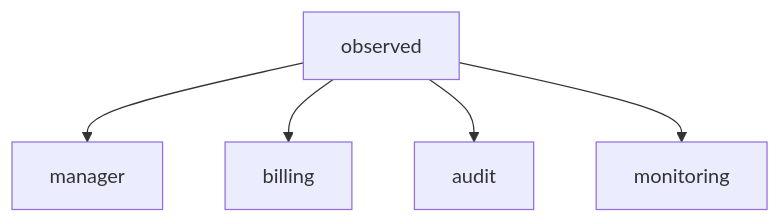
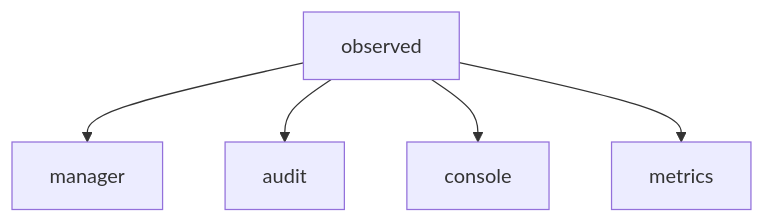
Before and after one commit to danielsabatini/smarkee: the second of 4 diagrams in docs/MESSAGING.md, drawn with Mermaid. The commit also changed other lines of this file, not shown here.

````diff
--- a/docs/MESSAGING.md
+++ b/docs/MESSAGING.md
@@ -545,7 +954,7 @@
 ```mermaid
 graph TD
     Observed[observed] --> Manager[manager]
-    Observed --> Billing[billing]
     Observed --> Audit[audit]
-    Observed --> Monitoring[monitoring]
+    Observed --> Console[console]
+    Observed --> Metrics[metrics]
 ```
````
